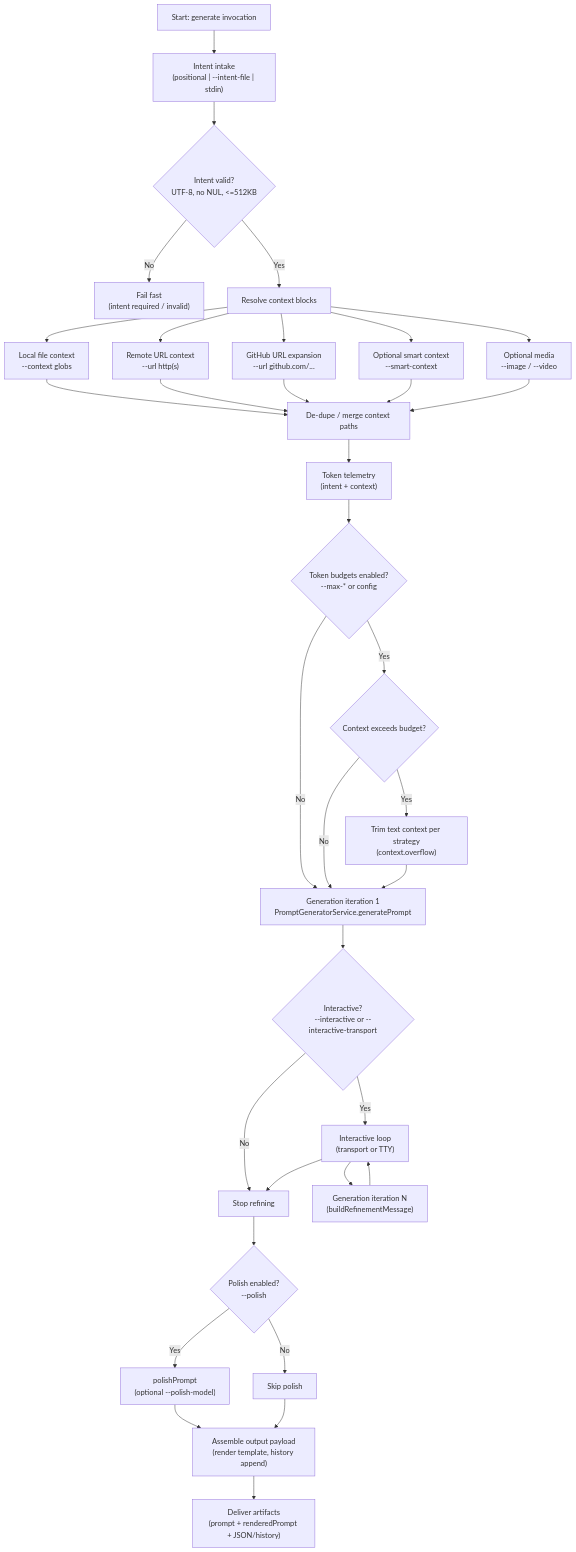
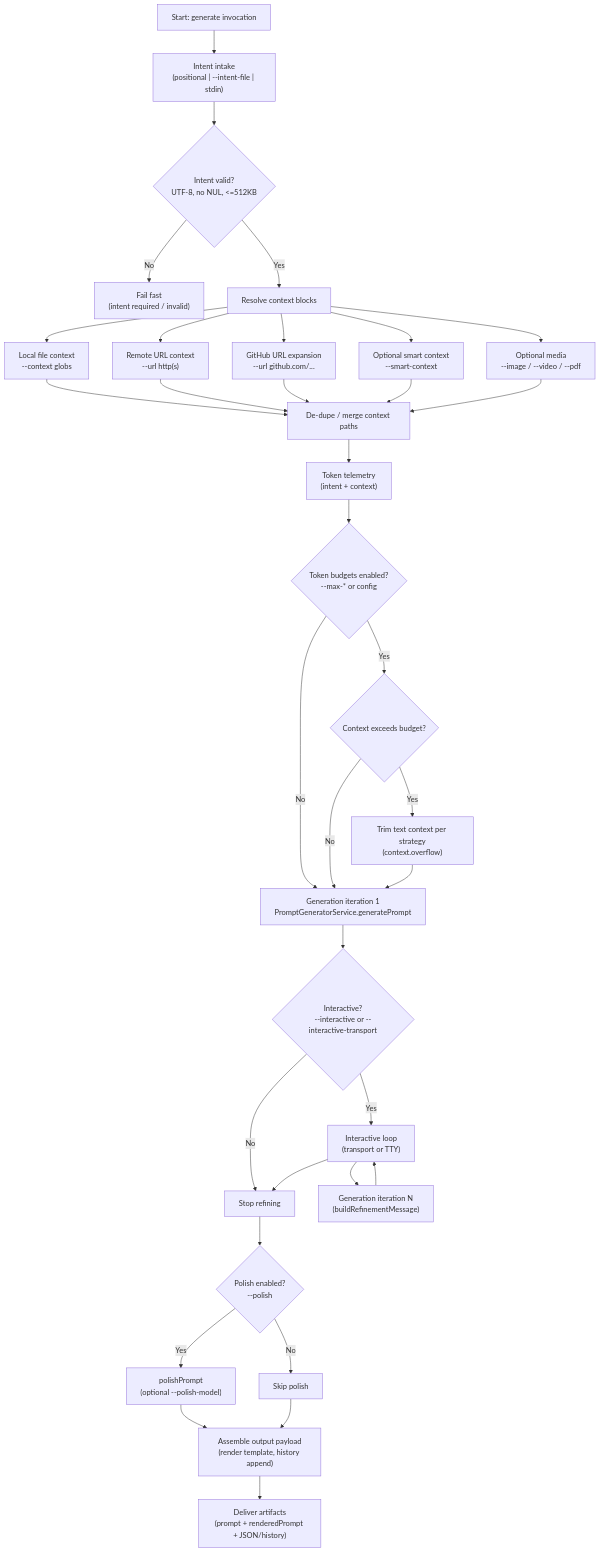
Before and after one commit to edward-r/prompt-maker: the fifth of 14 diagrams in README.md, drawn with Mermaid. The commit also changed other lines of this file and 66 other files, not shown here.

````diff
--- a/README.md
+++ b/README.md
@@ -524,45 +525,45 @@
 ```mermaid
 flowchart TD
   A[Start: generate invocation] --> I["Intent intake<br>(positional | --intent-file | stdin)"]
   I --> V{Intent valid?<br>UTF-8, no NUL, <=512KB}
   V -- No --> FATAL["Fail fast<br>(intent required / invalid)"]
   V -- Yes --> C[Resolve context blocks]
 
   C --> CF[Local file context<br>--context globs]
   C --> CU["Remote URL context<br>--url http(s)"]
   C --> CG[GitHub URL expansion<br>--url github.com/...]
   C --> CS[Optional smart context<br>--smart-context]
-  C --> CM[Optional media<br>--image / --video]
+  C --> CM[Optional media<br>--image / --video / --pdf]
 
   CF --> DEDUPE[De-dupe / merge context paths]
   CU --> DEDUPE
   CG --> DEDUPE
   CS --> DEDUPE
   CM --> DEDUPE
 
   DEDUPE --> T["Token telemetry<br>(intent + context)"]
    T --> BUDGET{Token budgets enabled?<br>--max-* or config}
 
    BUDGET -- No --> G1[Generation iteration 1<br>PromptGeneratorService.generatePrompt]
    BUDGET -- Yes --> TRIM{Context exceeds budget?}
    TRIM -- No --> G1
    TRIM -- Yes --> PRUNE["Trim text context per strategy<br>(context.overflow)"]
    PRUNE --> G1
 
   G1 --> INT{Interactive?<br>--interactive or --interactive-transport}
   INT -- No --> DONEITER[Stop refining]
 
   INT -- Yes --> LOOP["Interactive loop<br>(transport or TTY)"]
   LOOP --> GREF["Generation iteration N<br>(buildRefinementMessage)"]
   GREF --> LOOP
   LOOP --> DONEITER
 
   DONEITER --> P{Polish enabled?<br>--polish}
   P -- Yes --> POL["polishPrompt<br>(optional --polish-model)"]
   P -- No --> SKIP[Skip polish]
 
   POL --> OUT["Assemble output payload<br>(render template, history append)"]
   SKIP --> OUT
 
   OUT --> FINAL["Deliver artifacts<br>(prompt + renderedPrompt + JSON/history)"]
 ```
````
